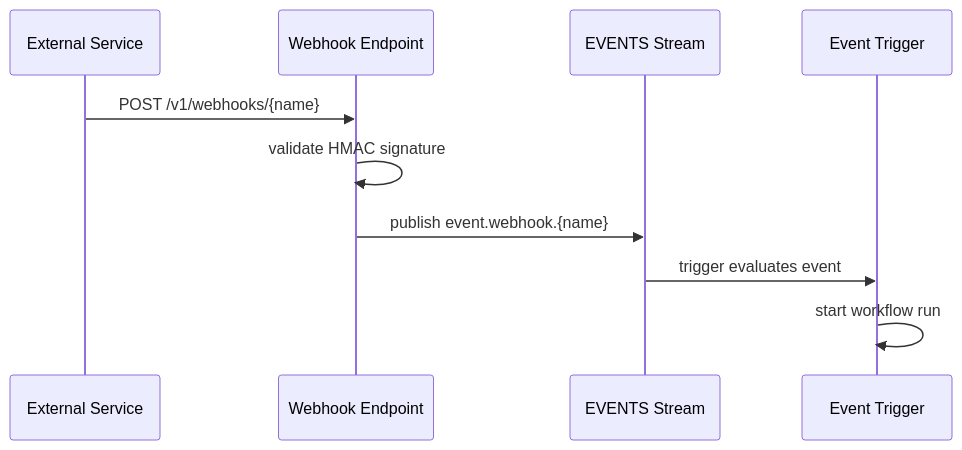
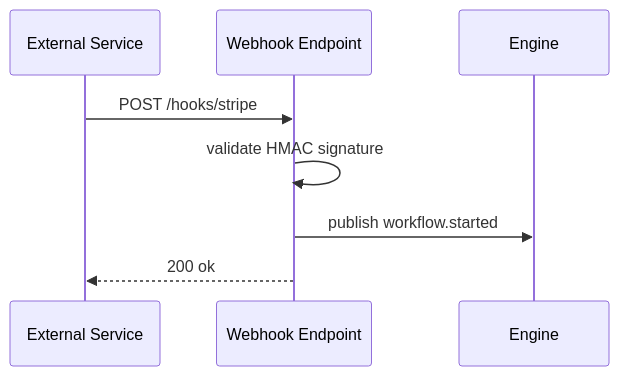
The diagram in docs/site/content/docs/triggers/webhooks.md (danmestas/dagnats), drawn with Mermaid before and after one commit. The commit also changed other lines of this file and 39 other files, not shown here.

````diff
--- a/docs/site/content/docs/triggers/webhooks.md
+++ b/docs/site/content/docs/triggers/webhooks.md
@@ -12,13 +12,11 @@
 ```mermaid
 sequenceDiagram
     participant External as External Service
     participant Webhook as Webhook Endpoint
-    participant EVENTS as EVENTS Stream
-    participant Trigger as Event Trigger
+    participant Engine
 
-    External->>Webhook: POST /v1/webhooks/{name}
+    External->>Webhook: POST /hooks/stripe
     Webhook->>Webhook: validate HMAC signature
-    Webhook->>EVENTS: publish event.webhook.{name}
-    EVENTS->>Trigger: trigger evaluates event
-    Trigger->>Trigger: start workflow run
+    Webhook->>Engine: publish workflow.started
+    Webhook-->>External: 200 ok
 ```
````
